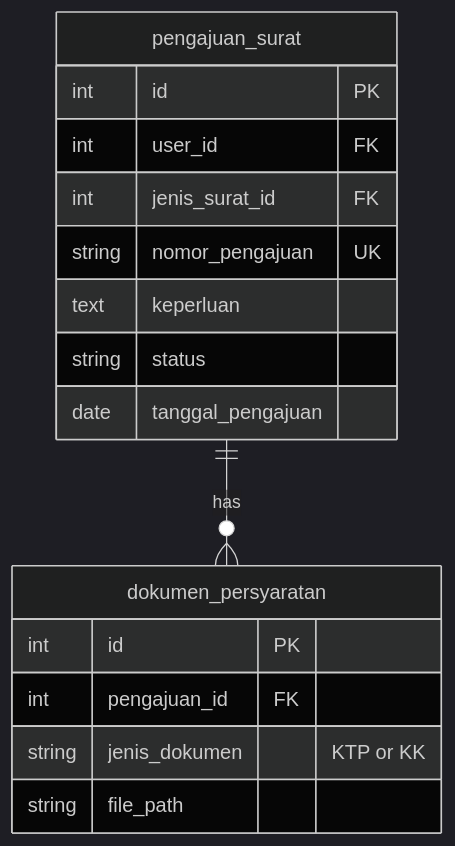
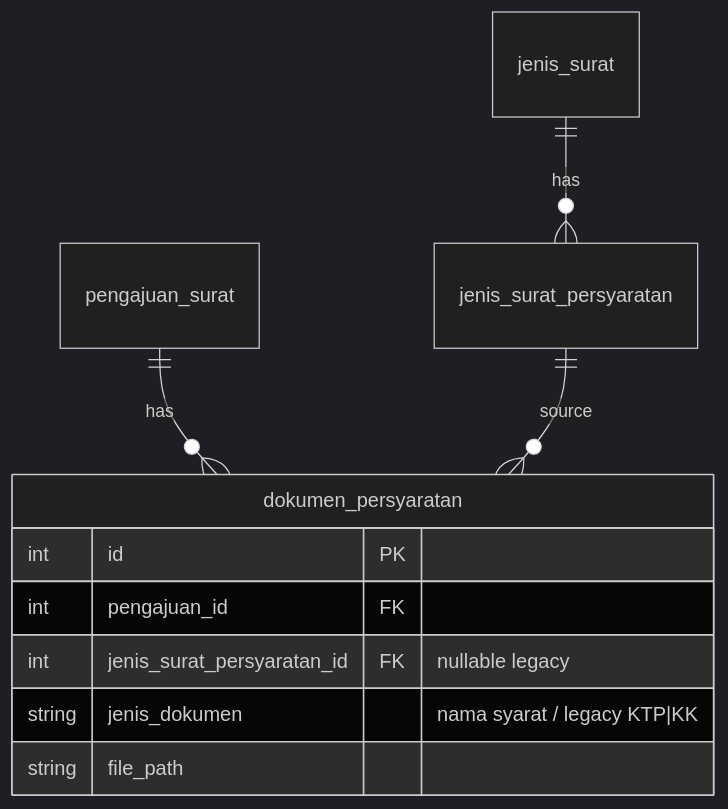
Before and after one commit to ZulfikarHD/sistem-desa: the second of 2 diagrams in docs/dev-docs/features/pengajuan-surat-dokumen.md, drawn with Mermaid (dark theme). The commit also changed other lines of this file and 30 other files, not shown here.

First line of the commit message:
feat(pengajuan): form warga mengikuti persyaratan terstruktur (US-9.3)

````diff
--- a/docs/dev-docs/features/pengajuan-surat-dokumen.md
+++ b/docs/dev-docs/features/pengajuan-surat-dokumen.md
@@ -27,19 +28,13 @@
 ```mermaid
 erDiagram
+    jenis_surat ||--o{ jenis_surat_persyaratan : has
     pengajuan_surat ||--o{ dokumen_persyaratan : has
-    pengajuan_surat {
-        int id PK
-        int user_id FK
-        int jenis_surat_id FK
-        string nomor_pengajuan UK
-        text keperluan
-        string status
-        date tanggal_pengajuan
-    }
+    jenis_surat_persyaratan ||--o{ dokumen_persyaratan : source
     dokumen_persyaratan {
         int id PK
         int pengajuan_id FK
-        string jenis_dokumen "KTP or KK"
+        int jenis_surat_persyaratan_id FK "nullable legacy"
+        string jenis_dokumen "nama syarat / legacy KTP|KK"
         string file_path
     }
 ```
````
